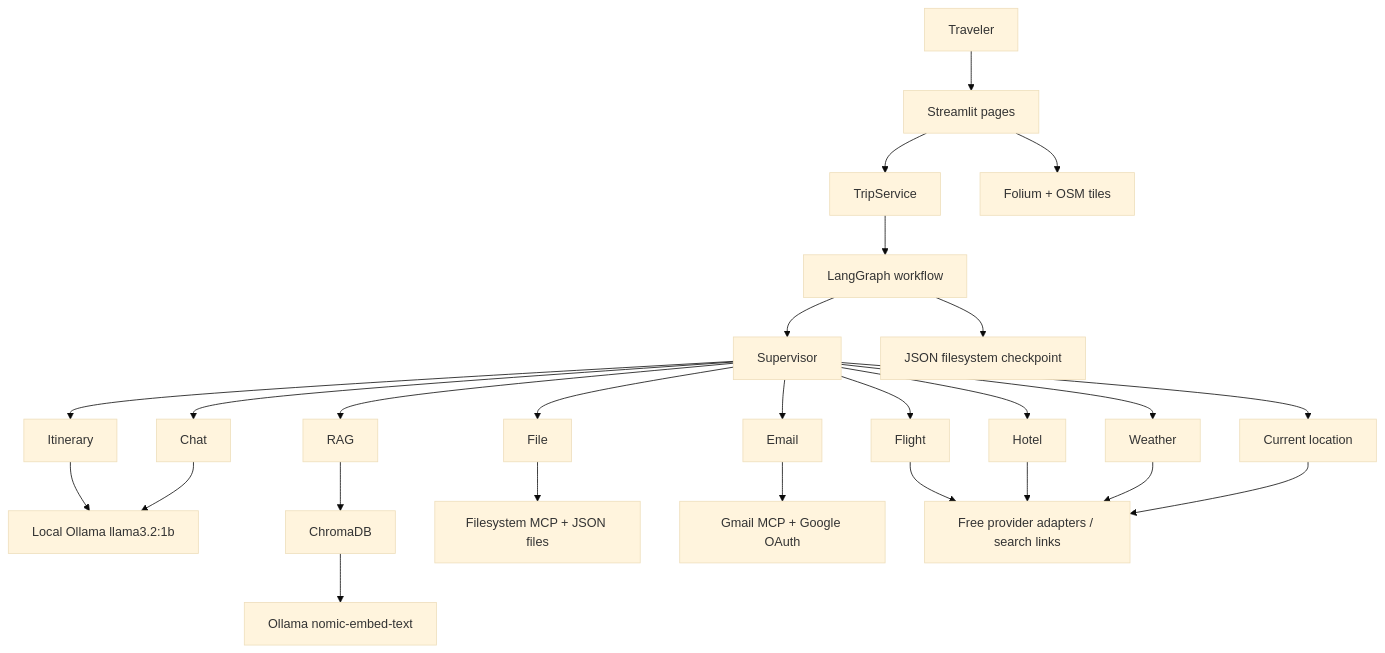
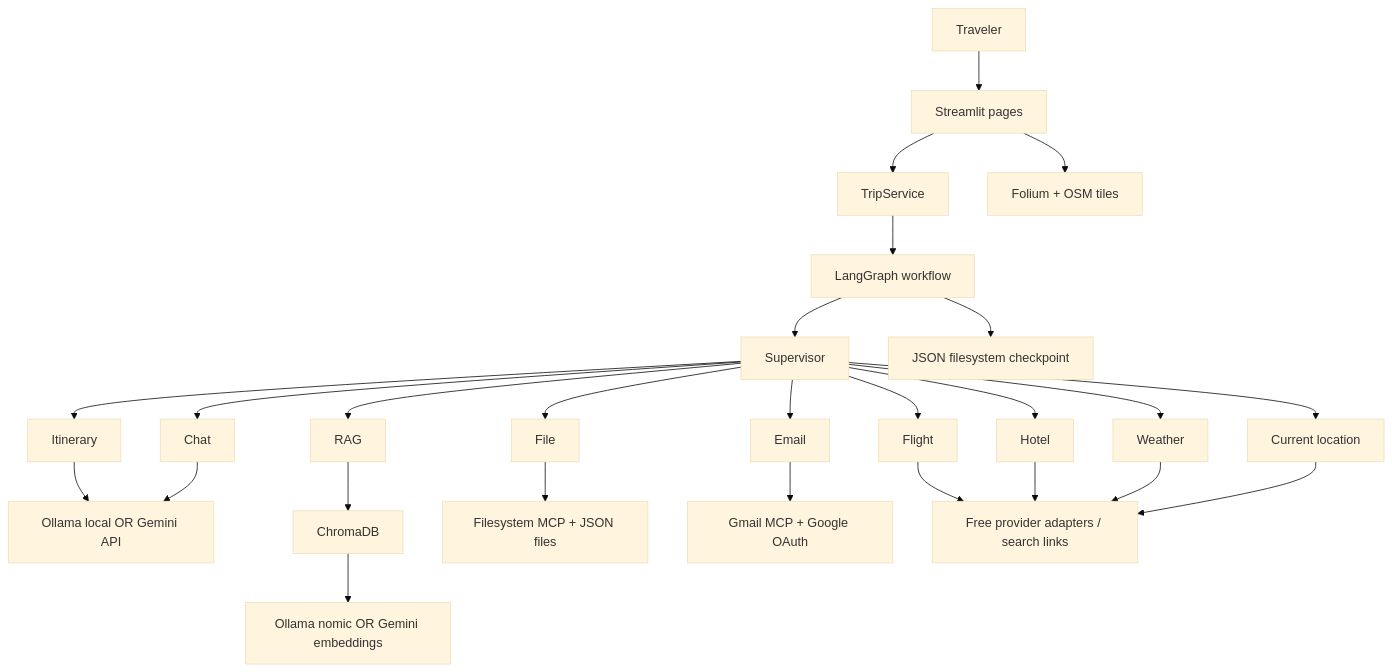
One commit to kalpeshjagtap/Travel-AI-Planner changed the diagram in README.md. Above: the diagram before and after it, drawn with Mermaid (base theme). The commit also changed other lines of this file and 11 other files, not shown here.

````diff
--- a/README.md
+++ b/README.md
@@ -7,28 +7,28 @@
 ```mermaid
 flowchart TD
   U[Traveler] --> UI[Streamlit pages]
   UI --> TS[TripService]
   TS --> G[LangGraph workflow]
   G --> S[Supervisor]
   S --> FA[Flight]
   S --> HA[Hotel]
   S --> WA[Weather]
   S --> LA[Current location]
   S --> IA[Itinerary]
   S --> RA[RAG]
   S --> FLA[File]
   S --> EA[Email]
   S --> CA[Chat]
-  IA --> O[Local Ollama llama3.2:1b]
+  IA --> O[Ollama local OR Gemini API]
   CA --> O
   RA --> C[ChromaDB]
-  C --> E[Ollama nomic-embed-text]
+  C --> E[Ollama nomic OR Gemini embeddings]
   FLA --> FS[Filesystem MCP + JSON files]
   EA --> GM[Gmail MCP + Google OAuth]
   FA --> P[Free provider adapters / search links]
   HA --> P
   WA --> P
   LA --> P
   G --> CP[JSON filesystem checkpoint]
   UI --> MAP[Folium + OSM tiles]
 ```
````
